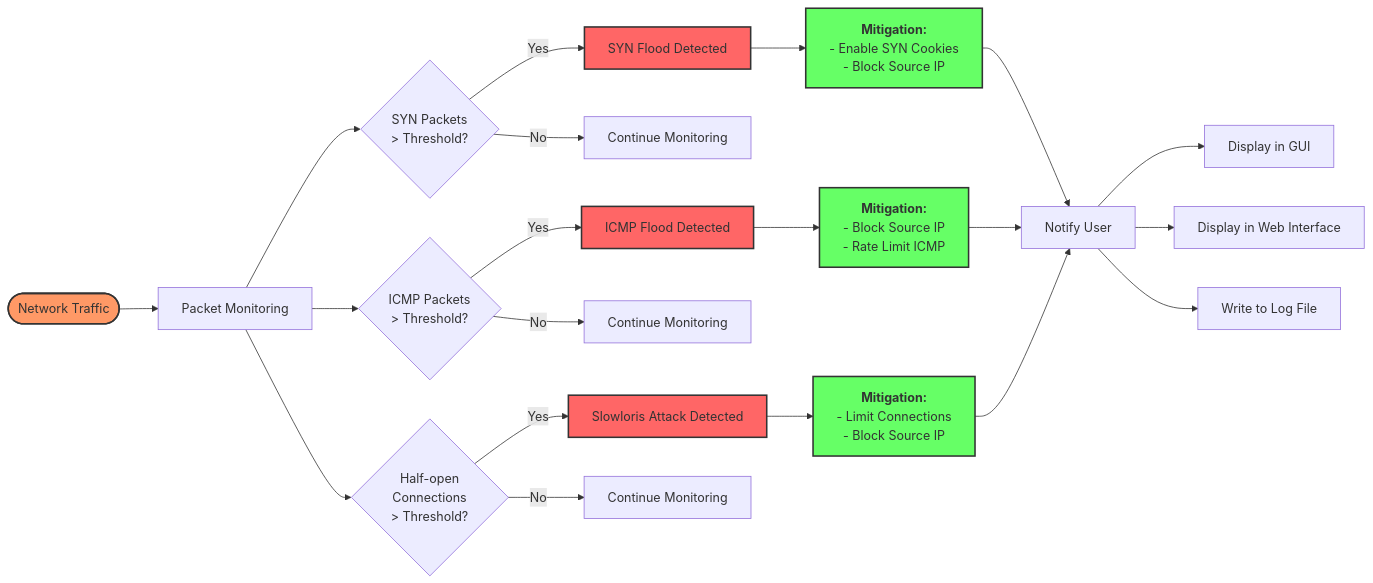
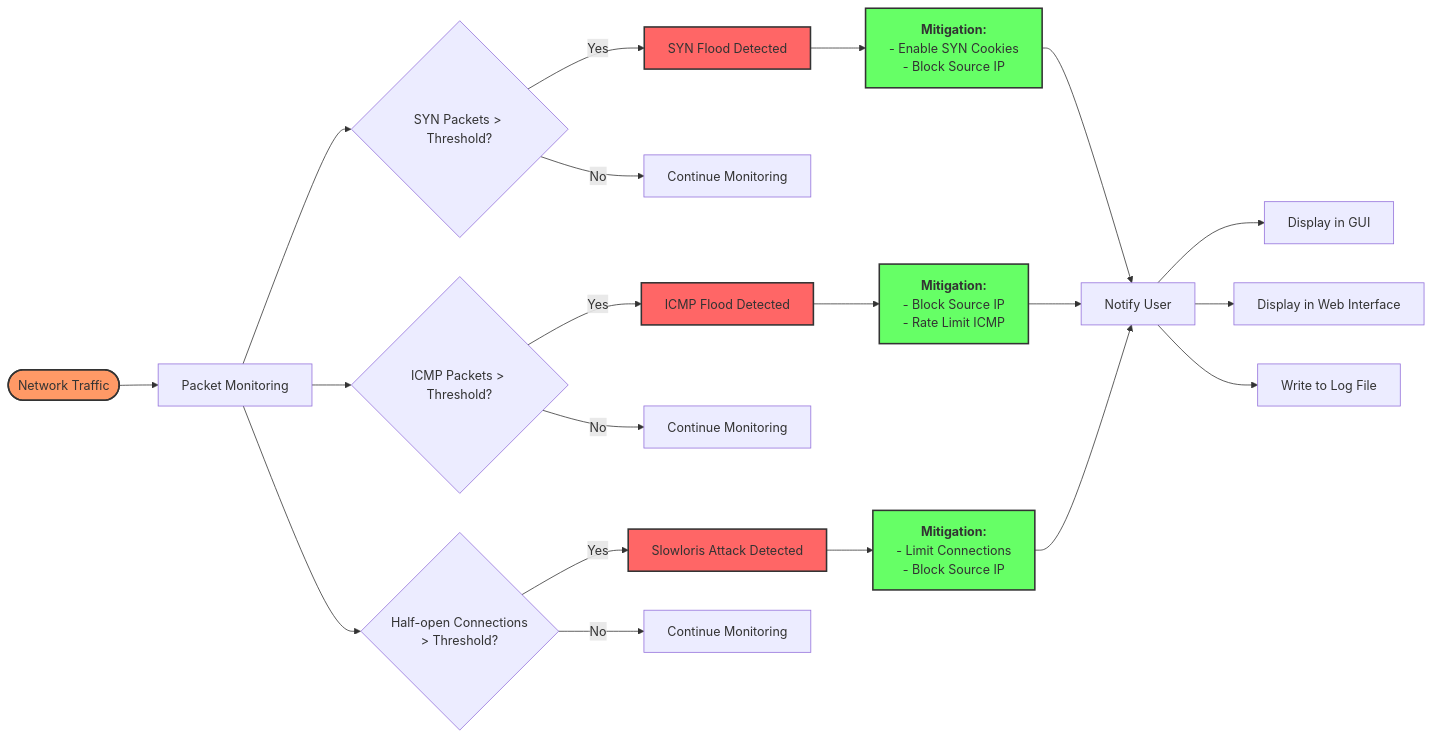
The diagram in attack-detection-flowchart.mermaid (BangyanXia/SAP_group6_2025), drawn with Mermaid before and after one commit.

```diff
--- a/attack-detection-flowchart.mermaid
+++ b/attack-detection-flowchart.mermaid
@@ -1,45 +1,42 @@
 %%{init: {'themeVariables': {'edgeLabelBackground':'#fff'}, 'themeConfig': {'fontSize':'18px'}}%%
 flowchart LR
     Start([Network Traffic]) --> Monitor[Packet Monitoring]
     
-    Monitor --> CheckSYN{SYN Packets  
-> Threshold?}
-    Monitor --> CheckICMP{ICMP Packets  
-> Threshold?}
-    Monitor --> CheckConn{Half-open  
-Connections\n> Threshold?}
+    Monitor --> CheckSYN{SYN Packets > Threshold?}
+    Monitor --> CheckICMP{ICMP Packets > Threshold?}
+    Monitor --> CheckConn{Half-open Connections\n> Threshold?}
     
     CheckSYN -->|Yes| SYNFlood[SYN Flood Detected]
     CheckSYN -->|No| Continue1[Continue Monitoring]
     
     CheckICMP -->|Yes| ICMPFlood[ICMP Flood Detected]
     CheckICMP -->|No| Continue2[Continue Monitoring]
     
     CheckConn -->|Yes| Slowloris[Slowloris Attack Detected]
     CheckConn -->|No| Continue3[Continue Monitoring]
     
     SYNFlood --> SYNAction["`**Mitigation:**
     - Enable SYN Cookies
     - Block Source IP`"]
     ICMPFlood --> ICMPAction["`**Mitigation:**
     - Block Source IP
     - Rate Limit ICMP`"]
     Slowloris --> SlowAction["`**Mitigation:**
     - Limit Connections
     - Block Source IP`"]
     
     SYNAction --> NotifyUser[Notify User]
     ICMPAction --> NotifyUser
     SlowAction --> NotifyUser
     
     NotifyUser --> GUI[Display in GUI]
     NotifyUser --> WebUI[Display in Web Interface]
     NotifyUser --> Log[Write to Log File]
     
     style Start fill:#f96,stroke:#333,stroke-width:2px
     style SYNFlood fill:#f66,stroke:#333,stroke-width:2px
     style ICMPFlood fill:#f66,stroke:#333,stroke-width:2px
     style Slowloris fill:#f66,stroke:#333,stroke-width:2px
     style SYNAction fill:#6f6,stroke:#333,stroke-width:2px
     style ICMPAction fill:#6f6,stroke:#333,stroke-width:2px
     style SlowAction fill:#6f6,stroke:#333,stroke-width:2px
```
